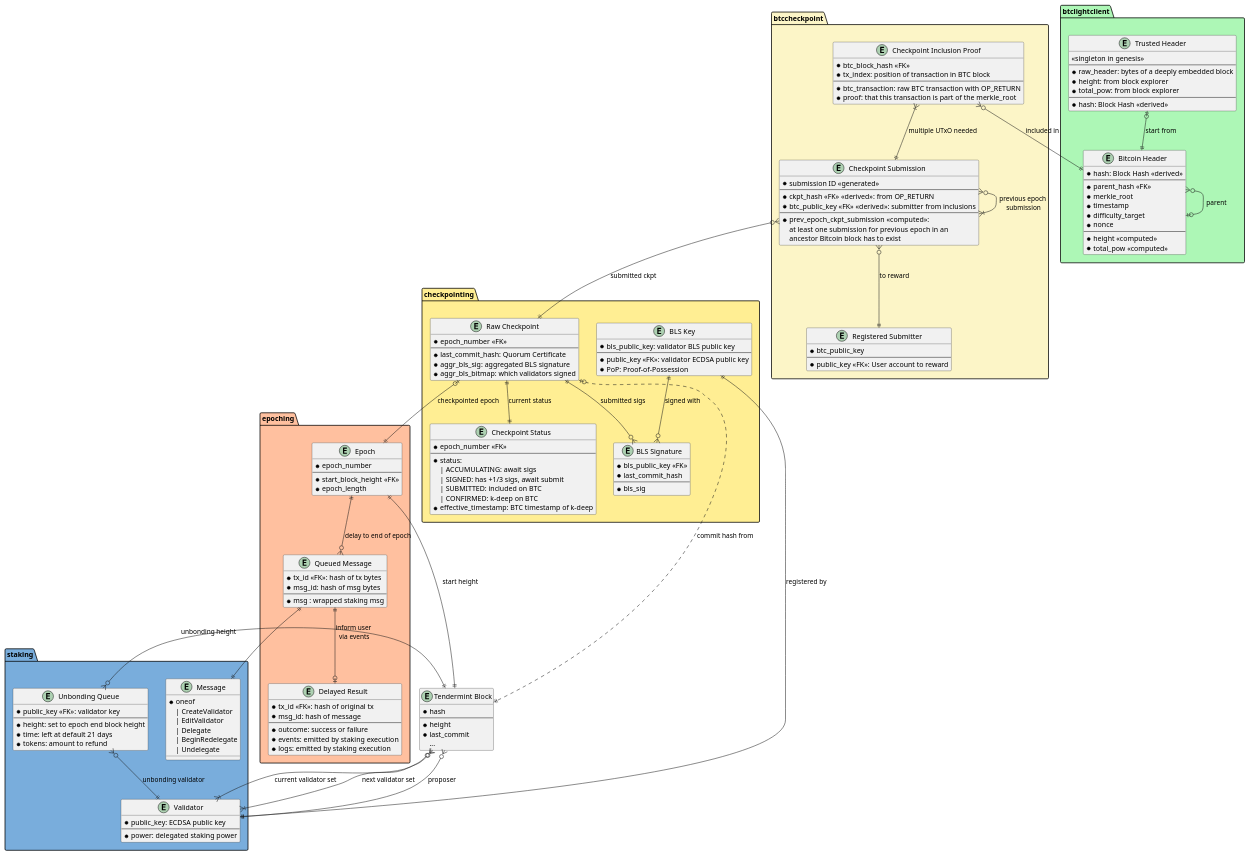
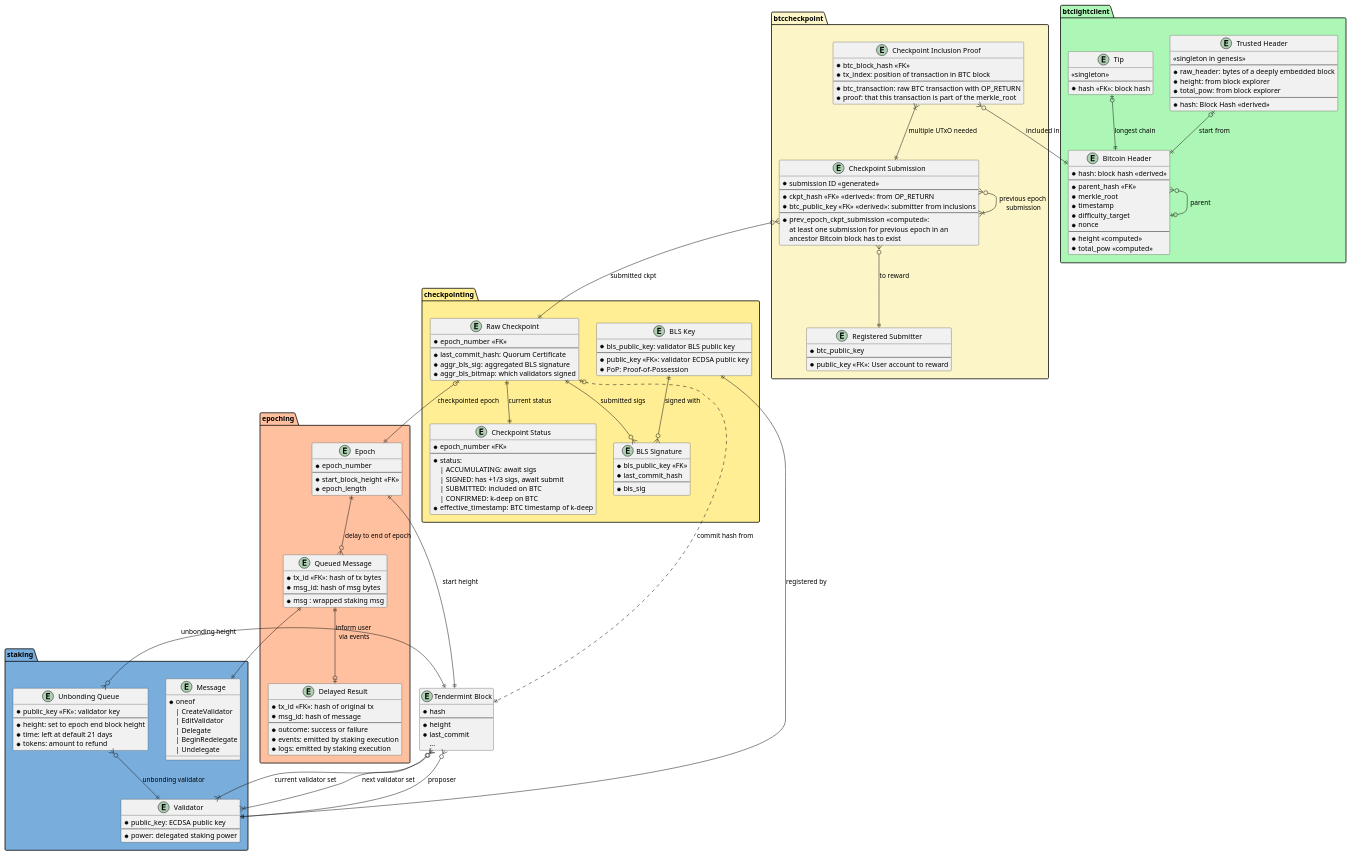
The diagram in docs/diagrams/database_schema.puml (babylonchain/babylon), drawn with PlantUML before and after one commit. The commit also changed 1 other file, not shown here.

Commit message:
BM-60: Tip.

```diff
--- a/docs/diagrams/database_schema.puml
+++ b/docs/diagrams/database_schema.puml
@@ -2,178 +2,185 @@
 @startuml Database Schema
 
 entity "Tendermint Block" as block {
   * hash
   --
   * height
   * last_commit
   ...
 }
 
 package "staking" #79ADDC {
   entity "Message" as staking_msg {
     * oneof
     | CreateValidator
     | EditValidator
     | Delegate
     | BeginRedelegate
     | Undelegate
   }
 
   entity "Validator" as validator {
     * public_key: ECDSA public key
     --
     * power: delegated staking power
   }
 
   entity "Unbonding Queue" as unbonding_queue {
     * public_key <<FK>>: validator key
     --
     * height: set to epoch end block height
     * time: left at default 21 days
     * tokens: amount to refund
   }
 }
 
 package "epoching" #FFC09F {
   entity "Epoch" as epoch {
     * epoch_number
     --
     * start_block_height <<FK>>
     * epoch_length
   }
   entity "Queued Message" as queued_msg {
     * tx_id <<FK>>: hash of tx bytes
     * msg_id: hash of msg bytes
     --
     * msg : wrapped staking msg
   }
   entity "Delayed Result" as delayed_result {
     * tx_id <<FK>>: hash of original tx
     * msg_id: hash of message
     --
     * outcome: success or failure
     * events: emitted by staking execution
     * logs: emitted by staking execution
   }
 }
 
 
 package "checkpointing" #FFEE93 {
   entity "Raw Checkpoint" as raw_ckpt {
     * epoch_number <<FK>>
     --
     * last_commit_hash: Quorum Certificate
     * aggr_bls_sig: aggregated BLS signature
     * aggr_bls_bitmap: which validators signed
   }
 
   entity "Checkpoint Status" as ckpt_status {
     * epoch_number <<FK>>
     --
     * status:
       | ACCUMULATING: await sigs
       | SIGNED: has +1/3 sigs, await submit
       | SUBMITTED: included on BTC
       | CONFIRMED: k-deep on BTC
     * effective_timestamp: BTC timestamp of k-deep
   }
 
   entity "BLS Key" as bls_key {
     * bls_public_key: validator BLS public key
     --
     * public_key <<FK>>: validator ECDSA public key
     * PoP: Proof-of-Possession
   }
 
   entity "BLS Signature" as bls_sig {
     * bls_public_key <<FK>>
     * last_commit_hash
     --
     * bls_sig
   }
 }
 
 package "btccheckpoint" #FCF5C7 {
   entity "Registered Submitter" as ckpt_submitter {
     * btc_public_key
     --
     * public_key <<FK>>: User account to reward
   }
 
   entity "Checkpoint Submission" as ckpt_submission {
     * submission ID <<generated>>
     --
     * ckpt_hash <<FK>> <<derived>>: from OP_RETURN
     * btc_public_key <<FK>> <<derived>>: submitter from inclusions
     --
     * prev_epoch_ckpt_submission <<computed>>:
       at least one submission for previous epoch in an
       ancestor Bitcoin block has to exist
   }
 
   entity "Checkpoint Inclusion Proof" as ckpt_inclusion {
     * btc_block_hash <<FK>>
     * tx_index: position of transaction in BTC block
     --
     * btc_transaction: raw BTC transaction with OP_RETURN
     * proof: that this transaction is part of the merkle_root
   }
 }
 
 package "btclightclient" #ADF7B6 {
   entity "Bitcoin Header" as btc_header {
-    * hash: Block Hash <<derived>>
+    * hash: block hash <<derived>>
     --
     * parent_hash <<FK>>
     * merkle_root
     * timestamp
     * difficulty_target
     * nonce
     --
     * height <<computed>>
     * total_pow <<computed>>
   }
 
   entity "Trusted Header" as btc_trusted {
     <<singleton in genesis>>
     --
     * raw_header: bytes of a deeply embedded block
     * height: from block explorer
     * total_pow: from block explorer
     --
     * hash: Block Hash <<derived>>
+  }
+
+  entity "Tip" as btc_tip {
+    <<singleton>>
+    --
+    * hash <<FK>>: block hash
   }
 }
 
 block }o--|{ validator : current validator set
 block }o--|{ validator : next validator set
 block }o--|| validator : proposer
 
 epoch ||--o{ queued_msg : delay to end of epoch
 epoch ||--|| block : start height
 
 queued_msg ||--|| staking_msg
 queued_msg ||--o| delayed_result : inform user \nvia events
 
 unbonding_queue }o--|| block : unbonding height
 unbonding_queue }o--|| validator : unbonding validator
 
 raw_ckpt |o--|| epoch : checkpointed epoch
 raw_ckpt |o..|| block : commit hash from
 raw_ckpt ||--|| ckpt_status : current status
 raw_ckpt ||--o{ bls_sig : submitted sigs
 
 bls_key ||--o{ bls_sig : signed with
 bls_key ||--|| validator : registered by
 
 ckpt_submission }o--|| raw_ckpt : submitted ckpt
 ckpt_submission }o--|| ckpt_submitter : to reward
 ckpt_submission }o--|{ ckpt_submission : previous epoch\n submission
 
 ckpt_inclusion }|--|| ckpt_submission : multiple UTxO needed
 ckpt_inclusion }o--|| btc_header : included in
 
 btc_header }o--o| btc_header : parent
 btc_trusted |o--|| btc_header : start from
+btc_tip |o--|| btc_header: longest chain
 
 @enduml
```
